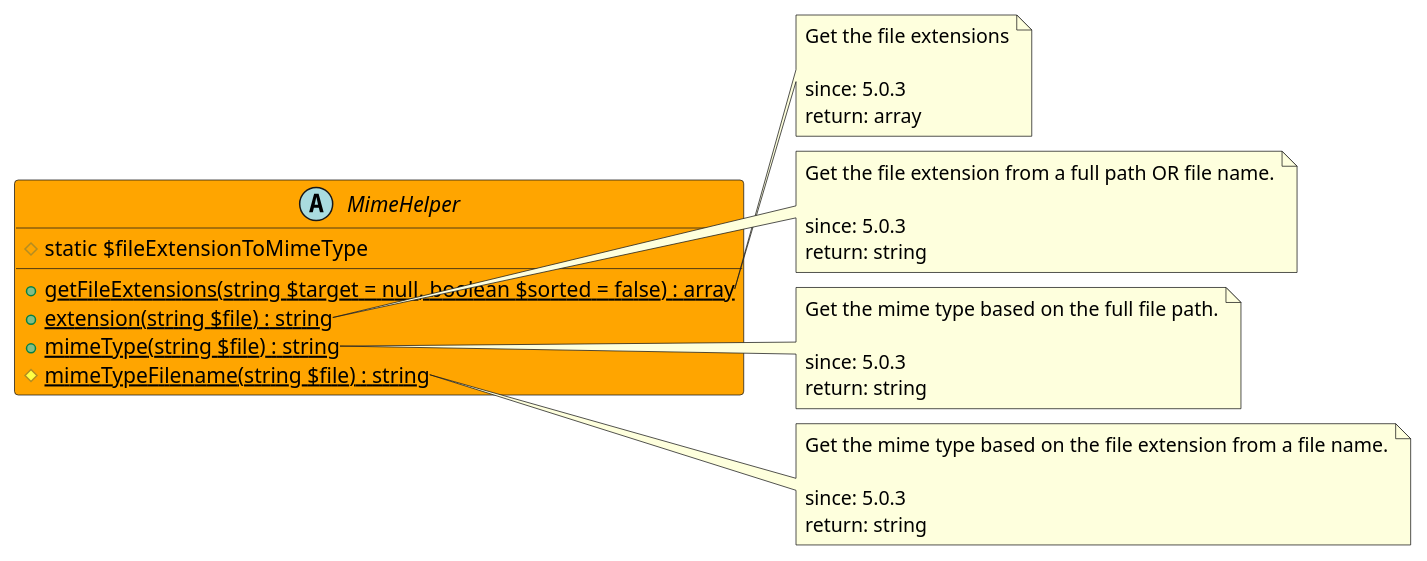
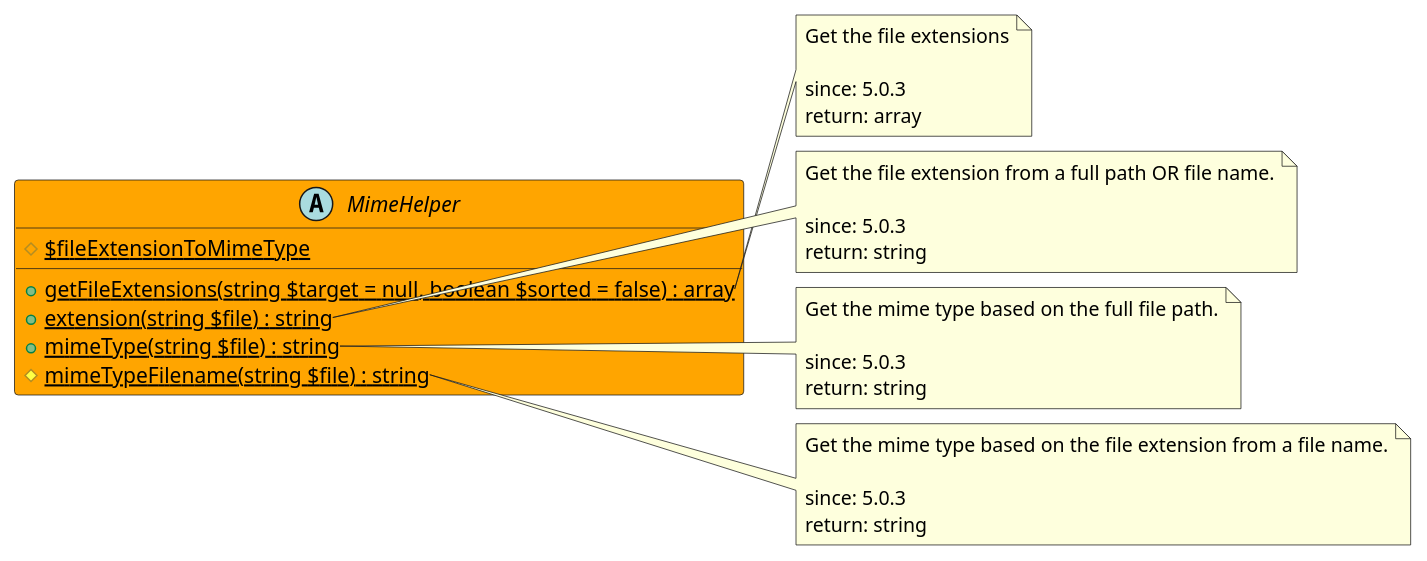
Before and after one commit to joomengine/super-powers: the diagram in src/f11dc790-713e-4706-9a85-a318ed3ad56e/README.md, drawn with PlantUML. The commit also changed other lines of this file, not shown here.

Commit message:
Update Utilities MimeHelper readme file

````diff
--- a/src/f11dc790-713e-4706-9a85-a318ed3ad56e/README.md
+++ b/src/f11dc790-713e-4706-9a85-a318ed3ad56e/README.md
@@ -5,41 +5,41 @@
 ```uml
 @startuml
 
 abstract MimeHelper  #Orange {
-  # static $fileExtensionToMimeType
+  # {static} $fileExtensionToMimeType
   + {static} getFileExtensions(string $target = null, boolean $sorted = false) : array
   + {static} extension(string $file) : string
   + {static} mimeType(string $file) : string
   # {static} mimeTypeFilename(string $file) : string
 }
 
 note right of MimeHelper::getFileExtensions
   Get the file extensions
 
   since: 5.0.3
   return: array
 end note
 
 note right of MimeHelper::extension
   Get the file extension from a full path OR file name.
 
   since: 5.0.3
   return: string
 end note
 
 note right of MimeHelper::mimeType
   Get the mime type based on the full file path.
 
   since: 5.0.3
   return: string
 end note
 
 note right of MimeHelper::mimeTypeFilename
   Get the mime type based on the file extension from a file name.
 
   since: 5.0.3
   return: string
 end note
 
 @enduml
 ```
````
